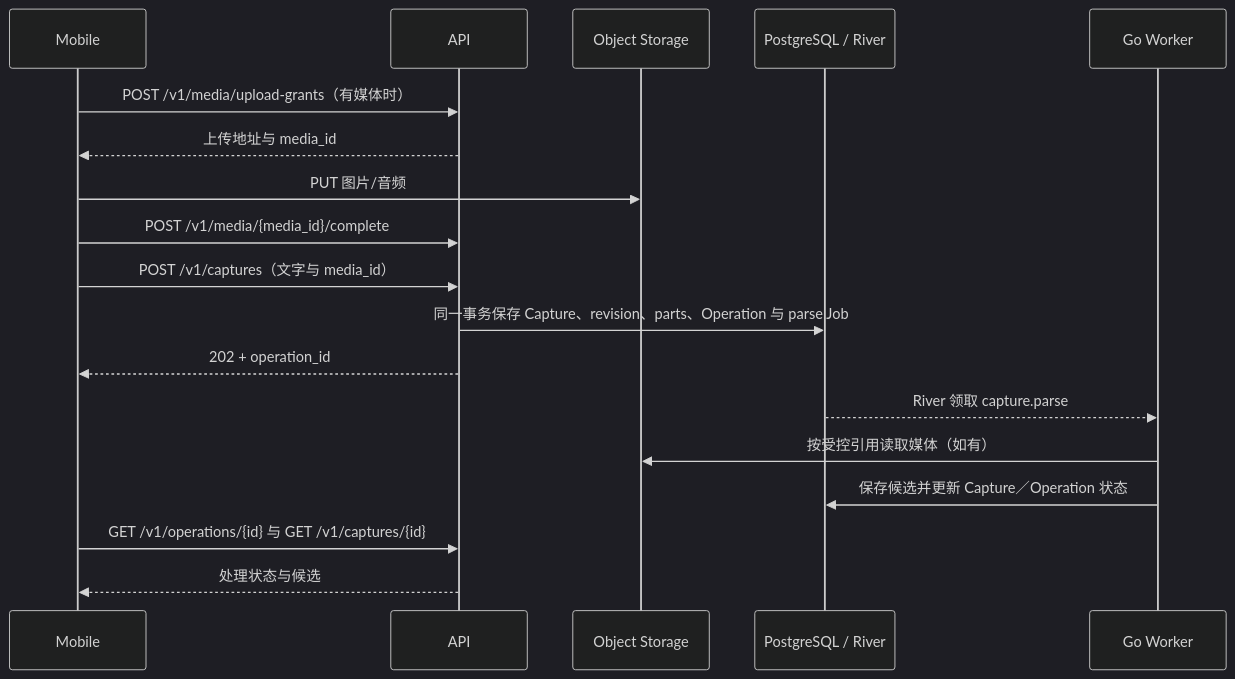
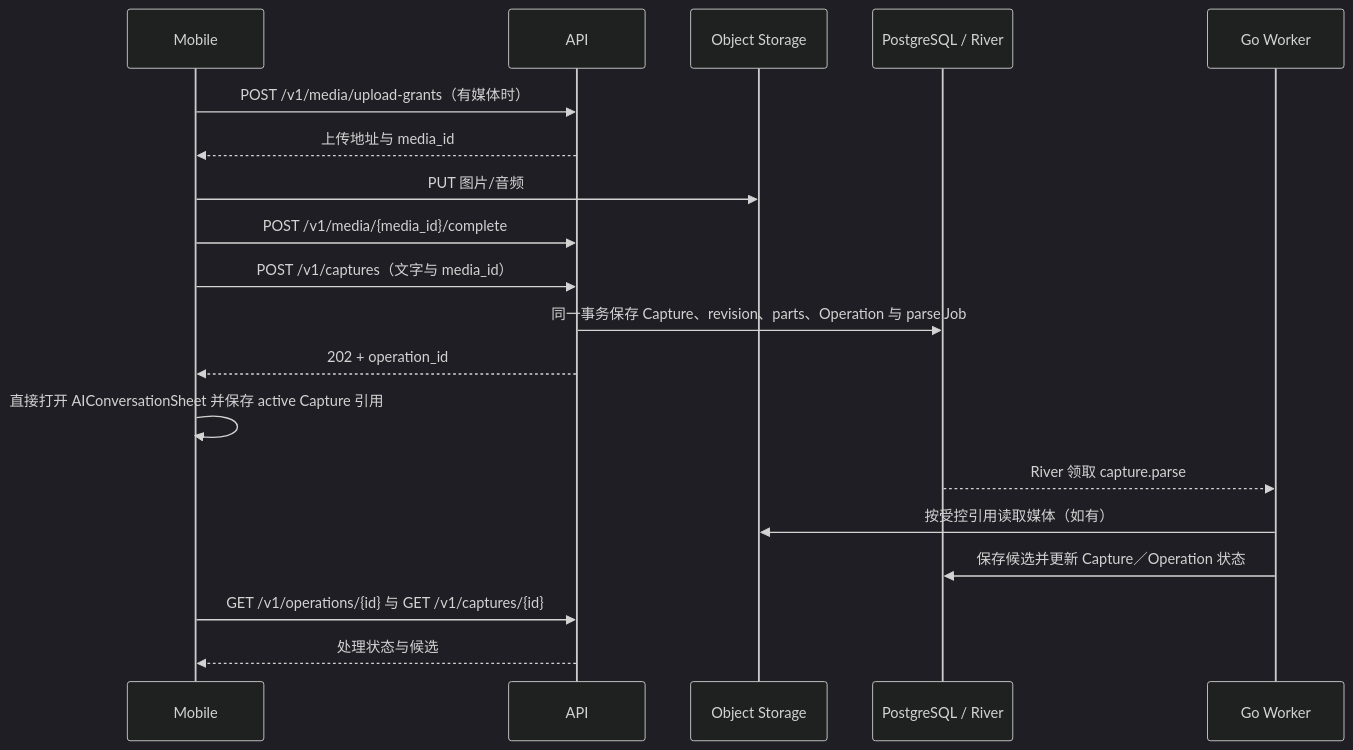
One commit to xiaoguo123456/steward changed the sixth of 7 diagrams in docs/整体架构设计.md. Above: the diagram before and after it, drawn with Mermaid (dark theme). The commit also changed other lines of this file and 21 other files, not shown here.

````diff
--- a/docs/整体架构设计.md
+++ b/docs/整体架构设计.md
@@ -2228,21 +2230,22 @@
 ```mermaid
 sequenceDiagram
     participant M as Mobile
     participant A as API
     participant S as Object Storage
     participant D as PostgreSQL / River
     participant W as Go Worker
 
     M->>A: POST /v1/media/upload-grants（有媒体时）
     A-->>M: 上传地址与 media_id
     M->>S: PUT 图片/音频
     M->>A: POST /v1/media/{media_id}/complete
     M->>A: POST /v1/captures（文字与 media_id）
     A->>D: 同一事务保存 Capture、revision、parts、Operation 与 parse Job
     A-->>M: 202 + operation_id
+    M->>M: 直接打开 AIConversationSheet 并保存 active Capture 引用
     D-->>W: River 领取 capture.parse
     W->>S: 按受控引用读取媒体（如有）
     W->>D: 保存候选并更新 Capture／Operation 状态
     M->>A: GET /v1/operations/{id} 与 GET /v1/captures/{id}
     A-->>M: 处理状态与候选
 ```
````
